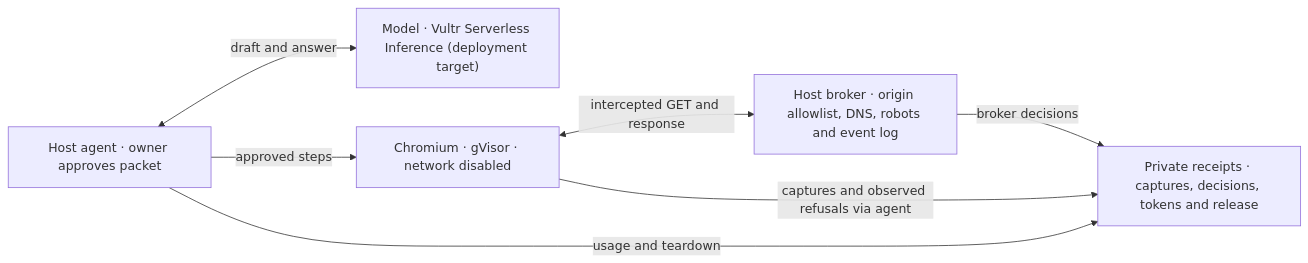
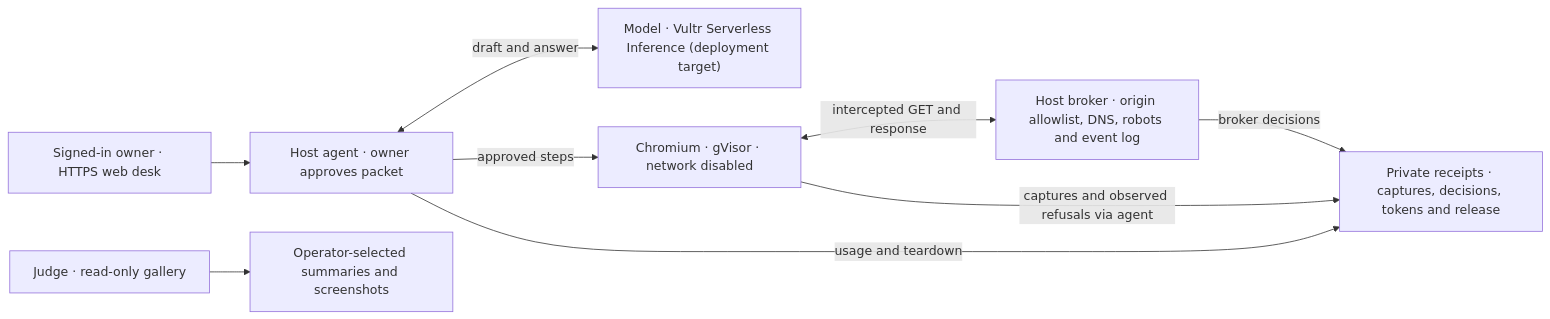
Before and after one commit to raydeStar/hirezero-engine: the diagram in README.md, drawn with Mermaid. The commit also changed other lines of this file and 13 other files, not shown here.

````diff
--- a/README.md
+++ b/README.md
@@ -5,14 +5,16 @@
 ```mermaid
 flowchart LR
     M["Model · Vultr Serverless Inference (deployment target)"]
     A["Host agent · owner approves packet"]
     B["Chromium · gVisor · network disabled"]
     H["Host broker · origin allowlist, DNS, robots and event log"]
     R["Private receipts · captures, decisions, tokens and release"]
+    O["Signed-in owner · HTTPS web desk"] --> A
+    J["Judge · read-only gallery"] --> G["Operator-selected summaries and screenshots"]
     A <-->|draft and answer| M
     A -->|approved steps| B
     B <-->|intercepted GET and response| H
     H -->|broker decisions| R
     B -->|captures and observed refusals via agent| R
     A -->|usage and teardown| R
 ```
````
